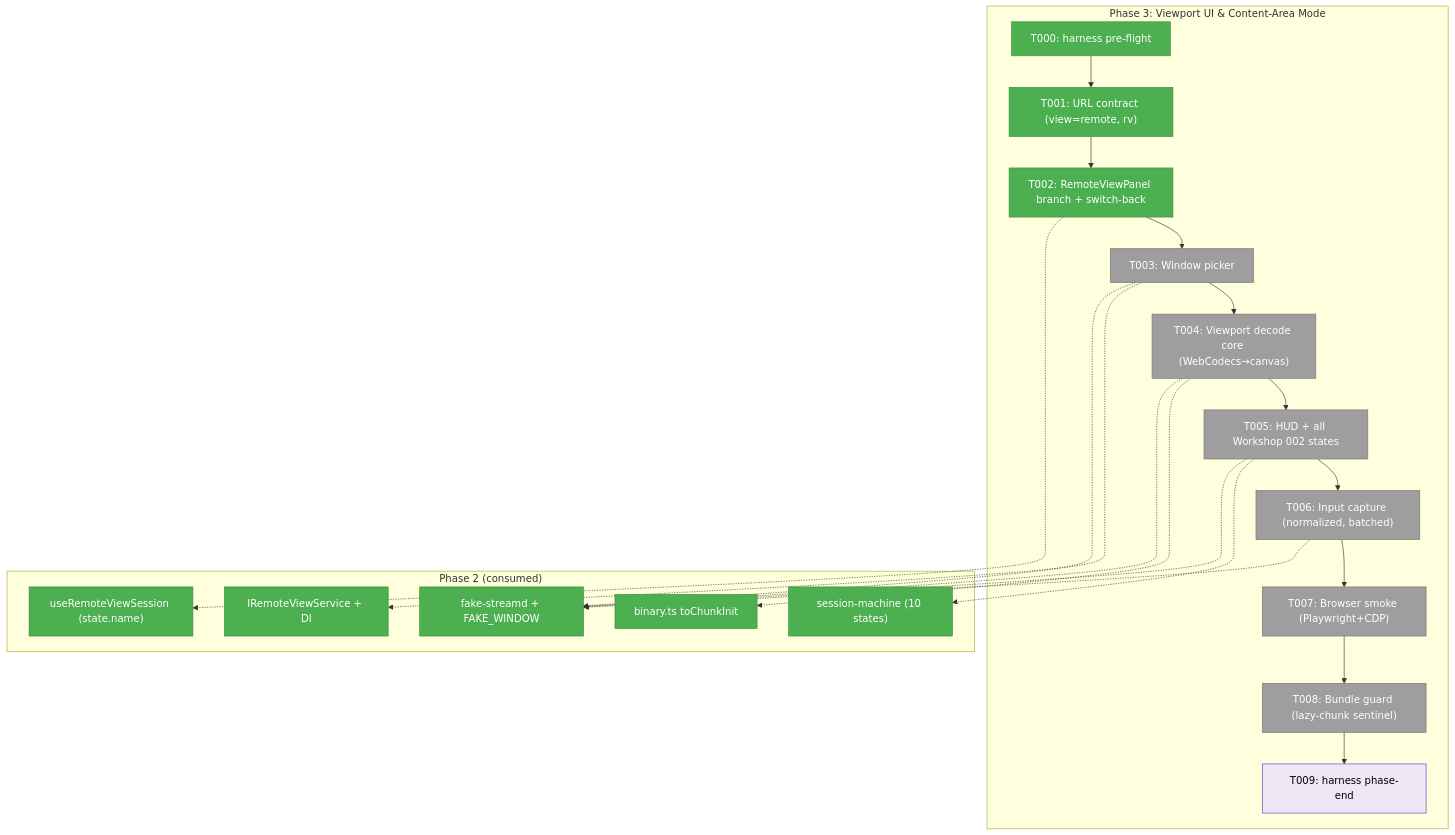
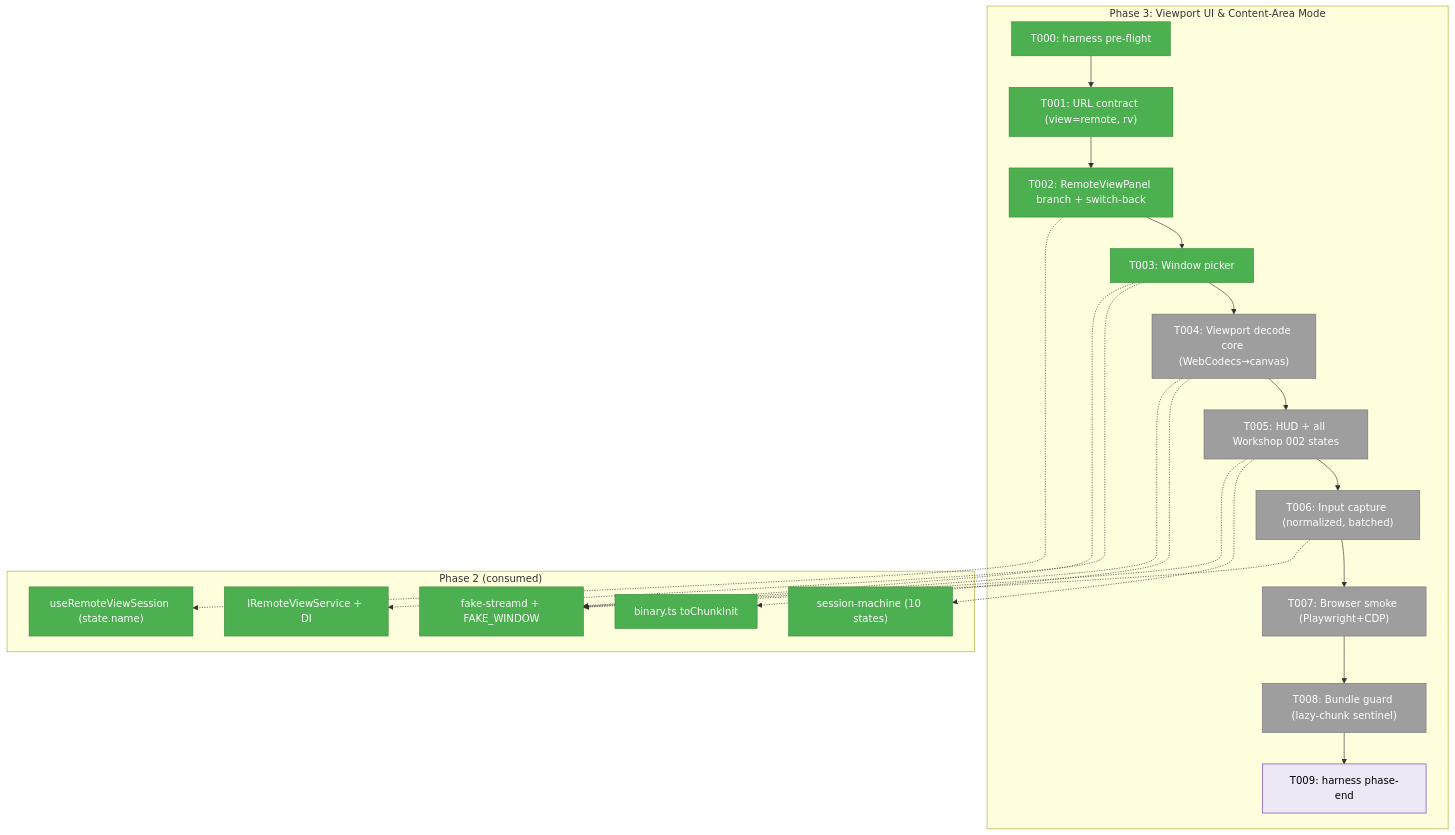
One commit to AI-Substrate/chainglass changed the first of 3 diagrams in docs/plans/088-remote-app-view/tasks/phase-3-viewport-ui-content-area-mode/tasks.md. Above: the diagram before and after it, drawn with Mermaid. The commit also changed other lines of this file and 5 other files, not shown here.

First line of the commit message:
feat(remote-view): T003 window picker against the fake (Plan 088 Phase 3)

````diff
--- a/docs/plans/088-remote-app-view/tasks/phase-3-viewport-ui-content-area-mode/tasks.md
+++ b/docs/plans/088-remote-app-view/tasks/phase-3-viewport-ui-content-area-mode/tasks.md
@@ -90,36 +90,36 @@
 ```mermaid
 flowchart TD
     classDef pending fill:#9E9E9E,stroke:#757575,color:#fff
     classDef wip fill:#FF9800,stroke:#F57C00,color:#000
     classDef done fill:#4CAF50,stroke:#388E3C,color:#fff
     classDef seam fill:#EDE7F6,stroke:#673AB7,color:#000
     classDef reuse fill:#4CAF50,stroke:#388E3C,color:#fff
 
     subgraph Phase["Phase 3: Viewport UI & Content-Area Mode"]
         T000["T000: harness pre-flight"]:::done
         T001["T001: URL contract (view=remote, rv)"]:::done
         T002["T002: RemoteViewPanel branch + switch-back"]:::done
-        T003["T003: Window picker"]:::pending
+        T003["T003: Window picker"]:::done
         T004["T004: Viewport decode core (WebCodecs→canvas)"]:::pending
         T005["T005: HUD + all Workshop 002 states"]:::pending
         T006["T006: Input capture (normalized, batched)"]:::pending
         T007["T007: Browser smoke (Playwright+CDP)"]:::pending
         T008["T008: Bundle guard (lazy-chunk sentinel)"]:::pending
         T009["T009: harness phase-end"]:::seam
         T000 --> T001 --> T002 --> T003 --> T004 --> T005 --> T006 --> T007 --> T008 --> T009
     end
 
     subgraph Reuse["Phase 2 (consumed)"]
         H["useRemoteViewSession (state.name)"]:::reuse
         FSM["session-machine (10 states)"]:::reuse
         BIN["binary.ts toChunkInit"]:::reuse
         SVC["IRemoteViewService + DI"]:::reuse
         FAKE["fake-streamd + FAKE_WINDOW"]:::reuse
     end
 
     T002 -.-> H
     T003 -.-> SVC
     T004 -.-> BIN
     T005 -.-> FSM
     T003 & T004 & T005 & T006 -.-> FAKE
 ```
````
